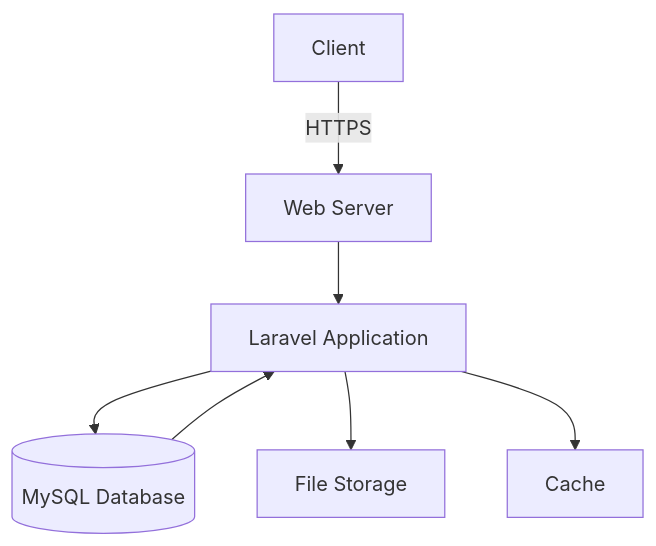
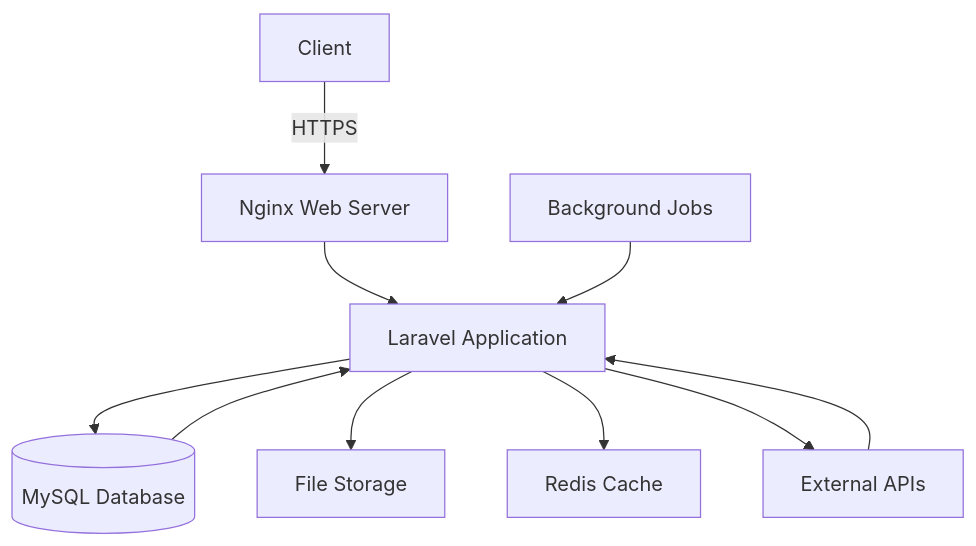
The diagram in README.md (Pratik-Dev-Codes/Asset-Management), drawn with Mermaid before and after one commit. The commit also changed other lines of this file, not shown here.

````diff
--- a/README.md
+++ b/README.md
@@ -190,9 +333,12 @@
 ```mermaid
 graph TD
-    A[Client] -->|HTTPS| B[Web Server]
+    A[Client] -->|HTTPS| B[Nginx Web Server]
     B --> C[Laravel Application]
     C --> D[(MySQL Database)]
     C --> E[File Storage]
-    C --> F[Cache]
+    C --> F[Redis Cache]
     D --> C
+    G[Background Jobs] --> C
+    H[External APIs] --> C
+    C --> H
 ```
````
